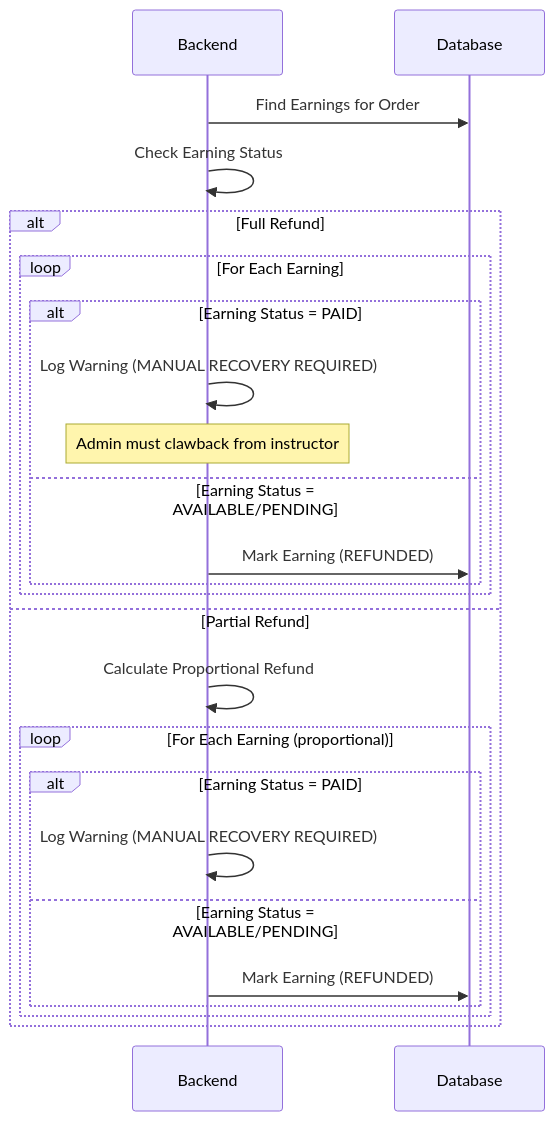
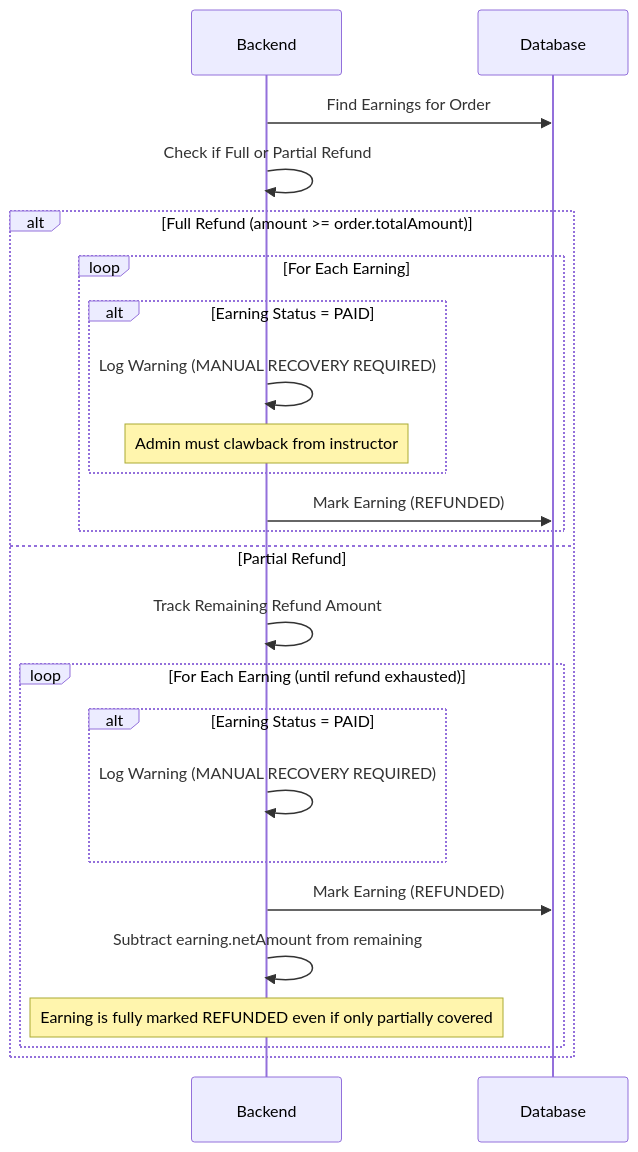
The eighth of 11 diagrams in docs/workflows/refund_workflows.md (HuuLocFIT/EduMind), drawn with Mermaid before and after one commit. The commit also changed other lines of this file and 1 other file, not shown here.

First line of the commit message:
feat: update payout and refund workflows documentation

````diff
--- a/docs/workflows/refund_workflows.md
+++ b/docs/workflows/refund_workflows.md
@@ -242,27 +300,27 @@
 ```mermaid
 sequenceDiagram
     participant Backend
     participant Database
 
     Backend->>Database: Find Earnings for Order
-    Backend->>Backend: Check Earning Status
-    alt Full Refund
+    Backend->>Backend: Check if Full or Partial Refund
+    alt Full Refund (amount >= order.totalAmount)
         loop For Each Earning
             alt Earning Status = PAID
                 Backend->>Backend: Log Warning (MANUAL RECOVERY REQUIRED)
                 Note over Backend: Admin must clawback from instructor
-            else Earning Status = AVAILABLE/PENDING
-                Backend->>Database: Mark Earning (REFUNDED)
             end
+            Backend->>Database: Mark Earning (REFUNDED)
         end
     else Partial Refund
-        Backend->>Backend: Calculate Proportional Refund
-        loop For Each Earning (proportional)
+        Backend->>Backend: Track Remaining Refund Amount
+        loop For Each Earning (until refund exhausted)
             alt Earning Status = PAID
                 Backend->>Backend: Log Warning (MANUAL RECOVERY REQUIRED)
-            else Earning Status = AVAILABLE/PENDING
-                Backend->>Database: Mark Earning (REFUNDED)
             end
+            Backend->>Database: Mark Earning (REFUNDED)
+            Backend->>Backend: Subtract earning.netAmount from remaining
+            Note over Backend: Earning is fully marked REFUNDED even if only partially covered
         end
     end
 ```
````
